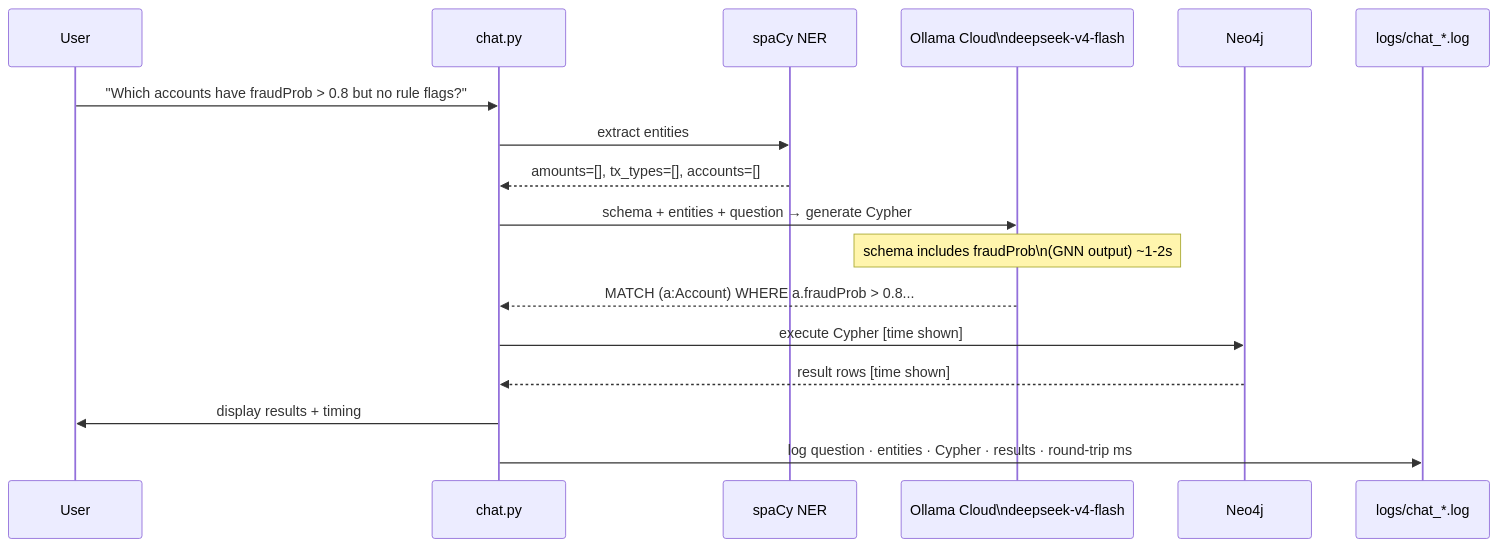
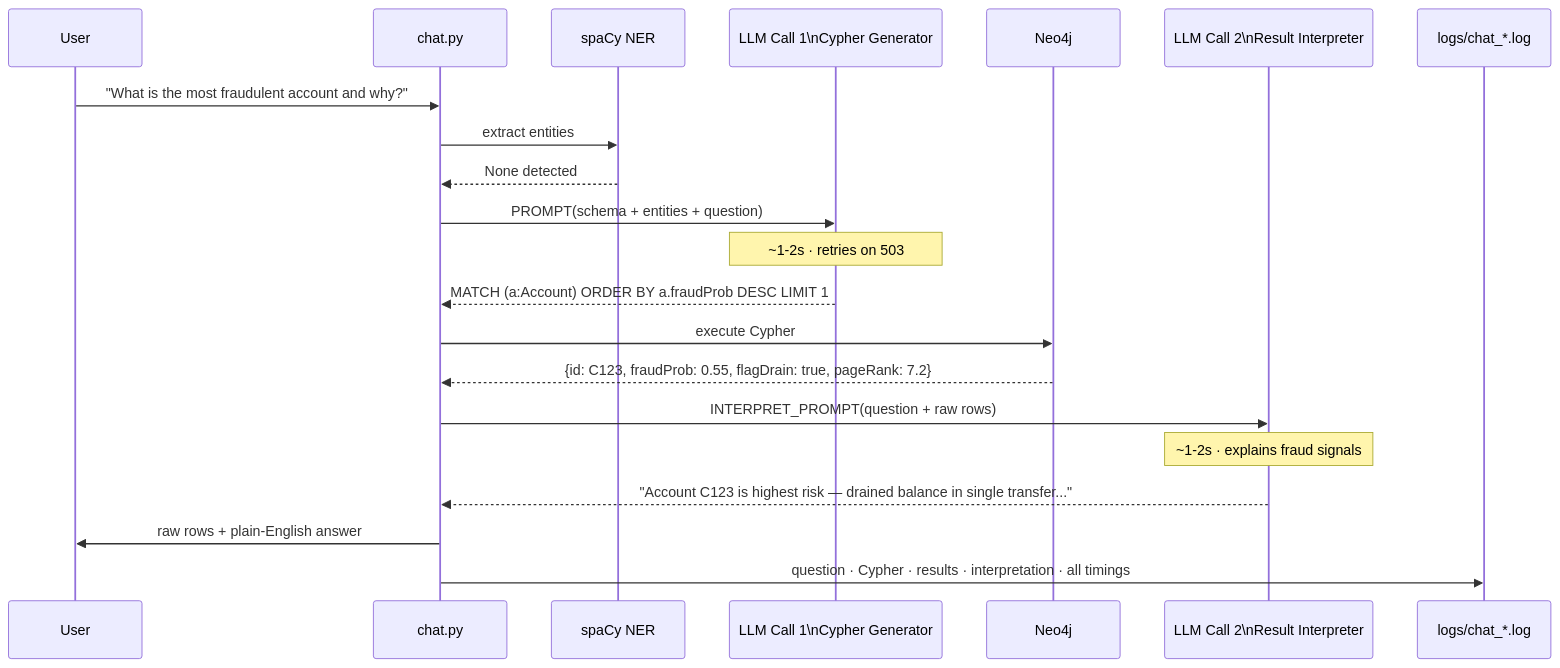
Before and after one commit to mohamed-soubhi/fraud-graph-demo: the sixth of 7 diagrams in ARCHITECTURE.md, drawn with Mermaid. The commit also changed other lines of this file and 1 other file, not shown here.

Commit message:
docs: test cases TC-16–TC-20 for Option A interpreter + updated NL pipeline diagram
TC-16: flag initialization (no null flags after fraud_rules.py)
TC-17: interpreter produces plain-English answer
TC-18: 503 retry — session survives LLM overload
TC-19: empty results — interpreter skipped gracefully
TC-20: ensemble NL query works with boolean flags

ARCHITECTURE.md: updated NL Chat Pipeline diagram to show two LangChain
chains (Cypher generator + result interpreter) with retry and logging.

````diff
--- a/ARCHITECTURE.md
+++ b/ARCHITECTURE.md
@@ -169,20 +171,24 @@
 ```mermaid
 sequenceDiagram
     participant U as User
     participant CH as chat.py
     participant SP as spaCy NER
-    participant LM as Ollama Cloud\ndeepseek-v4-flash
+    participant LM1 as LLM Call 1\nCypher Generator
     participant DB as Neo4j
+    participant LM2 as LLM Call 2\nResult Interpreter
     participant LOG as logs/chat_*.log
 
-    U->>CH: "Which accounts have fraudProb > 0.8 but no rule flags?"
+    U->>CH: "What is the most fraudulent account and why?"
     CH->>SP: extract entities
-    SP-->>CH: amounts=[], tx_types=[], accounts=[]
-    CH->>LM: schema + entities + question → generate Cypher
-    Note over LM: schema includes fraudProb\n(GNN output) ~1-2s
-    LM-->>CH: MATCH (a:Account) WHERE a.fraudProb > 0.8...
-    CH->>DB: execute Cypher [time shown]
-    DB-->>CH: result rows [time shown]
-    CH->>U: display results + timing
-    CH->>LOG: log question · entities · Cypher · results · round-trip ms
+    SP-->>CH: None detected
+    CH->>LM1: PROMPT(schema + entities + question)
+    Note over LM1: ~1-2s · retries on 503
+    LM1-->>CH: MATCH (a:Account) ORDER BY a.fraudProb DESC LIMIT 1
+    CH->>DB: execute Cypher
+    DB-->>CH: {id: C123, fraudProb: 0.55, flagDrain: true, pageRank: 7.2}
+    CH->>LM2: INTERPRET_PROMPT(question + raw rows)
+    Note over LM2: ~1-2s · explains fraud signals
+    LM2-->>CH: "Account C123 is highest risk — drained balance in single transfer..."
+    CH->>U: raw rows + plain-English answer
+    CH->>LOG: question · Cypher · results · interpretation · all timings
 ```
````
